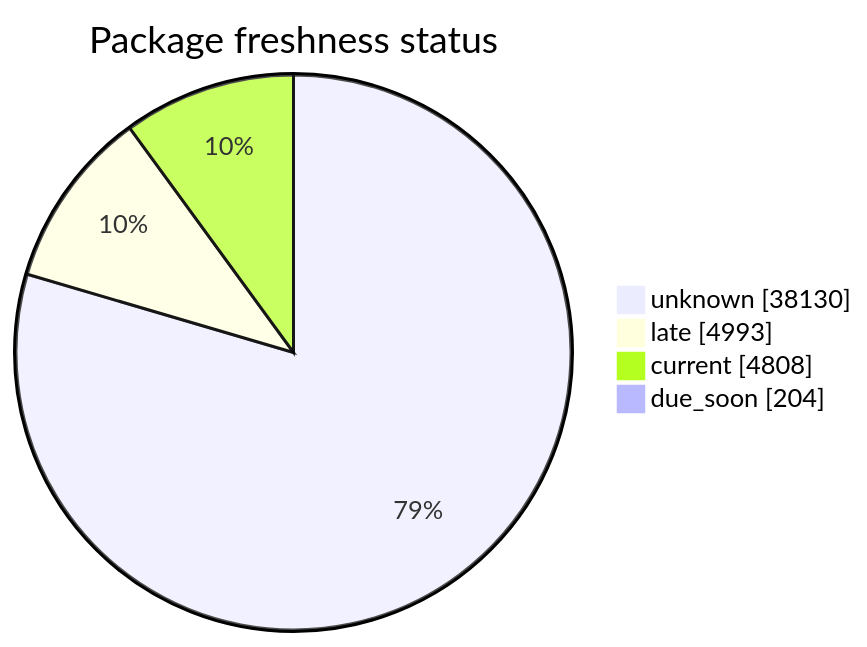
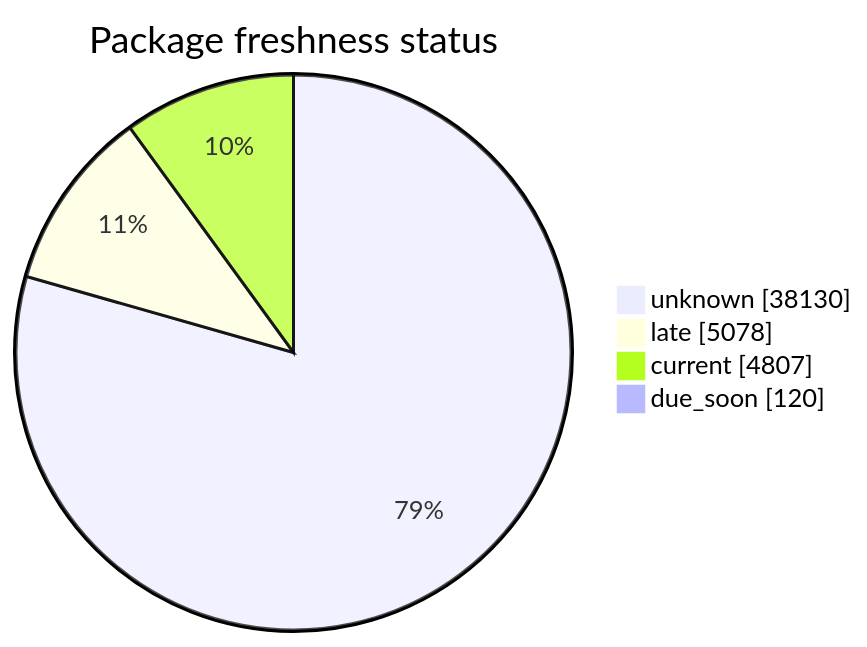
The second of 5 diagrams in FreshCheck/README.md (open-data/analytics-corporate-reporting), drawn with Mermaid before and after one commit. The commit also changed other lines of this file and 3 other files, not shown here.

````diff
--- a/FreshCheck/README.md
+++ b/FreshCheck/README.md
@@ -68,7 +68,7 @@
 ```mermaid
 pie showData title Package freshness status
     "unknown": 38130
-    "late": 4993
-    "current": 4808
-    "due_soon": 204
+    "late": 5078
+    "current": 4807
+    "due_soon": 120
 ```
````
